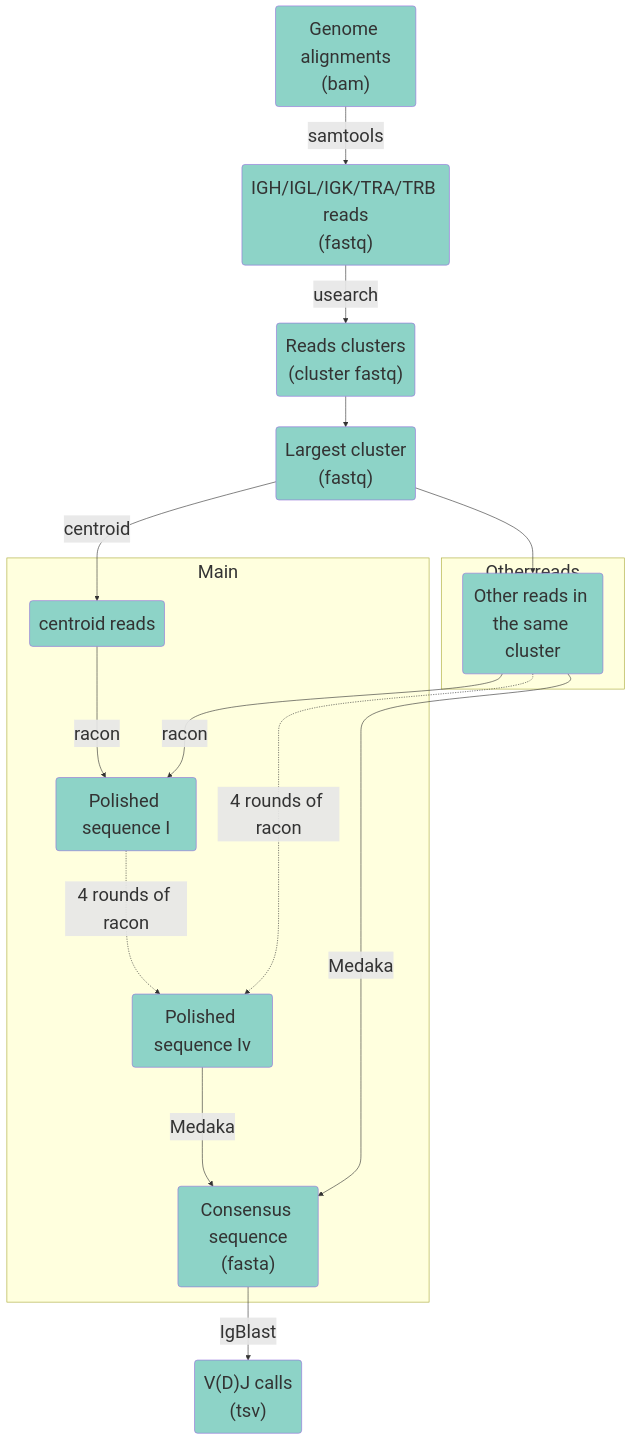
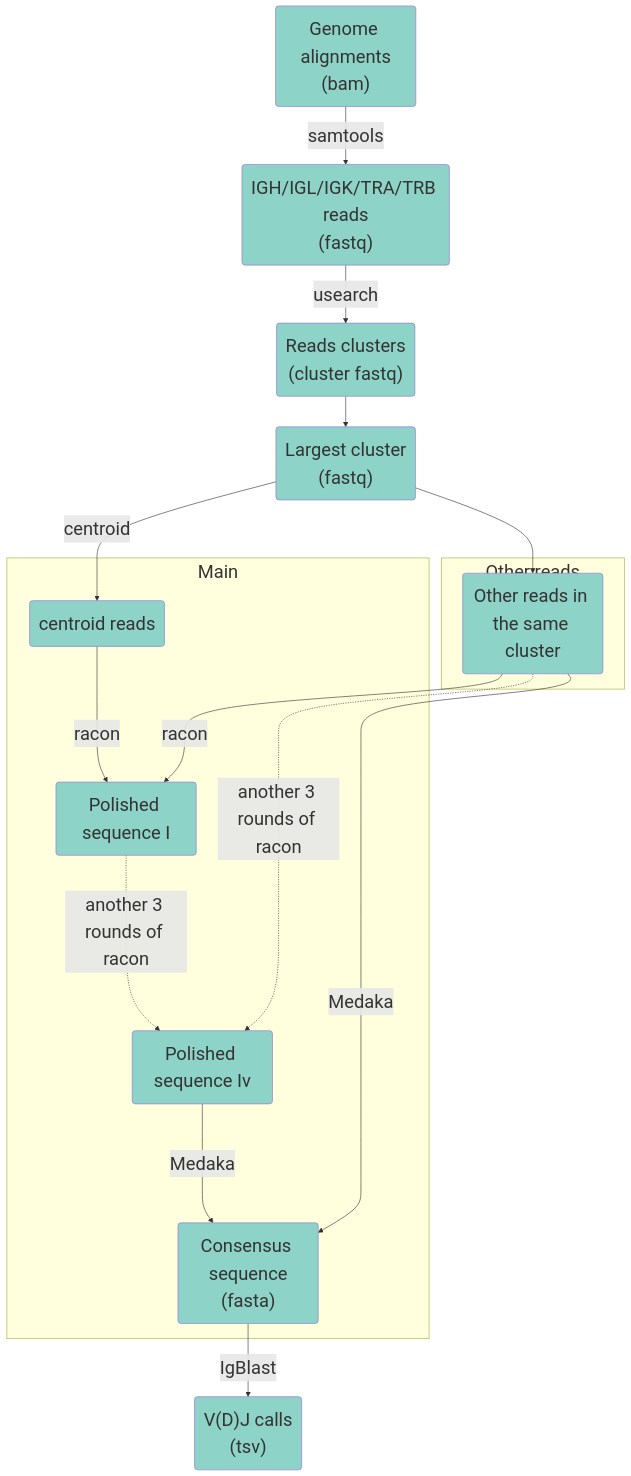
Before and after one commit to liuzhenyu-yyy/SCAN-seq2: the third of 4 diagrams in README.md, drawn with Mermaid.

Commit message:
update flow chart

````diff
--- a/README.md
+++ b/README.md
@@ -45,25 +45,25 @@
 ```mermaid
 %%{init: {"theme": "default", 'themeVariables': { "fontSize": "30px","fontFamily": "Arial"}}}%%
 graph TD
 
 Align_Genome("Genome alignments</br>(bam)"):::sc -- samtools --> reads("IGH/IGL/IGK/TRA/TRB reads<br/>(fastq)"):::sc --usearch--> cluster("Reads clusters</br>(cluster fastq)"):::sc--> large_clustrer("Largest cluster</br>(fastq)"):::sc--centroid--> centroid("centroid reads"):::sc
 large_clustrer --> Other("Other reads in the same cluster"):::sc
 
 subgraph Main 
 centroid  --racon---> pol1(Polished sequence I):::sc
-pol1 -.4 rounds of racon..->pol4(Polished sequence Iv):::sc -- Medaka ----> con("Consensus sequence</br>(fasta)"):::sc
+pol1 -.another 3 rounds of racon..->pol4(Polished sequence Iv):::sc -- Medaka ----> con("Consensus sequence</br>(fasta)"):::sc
 end
 
 subgraph Other reads
 Other --racon---> pol1
-Other -. 4 rounds of racon.->pol4
+Other -. another 3 rounds of racon.->pol4
 Other -- Medaka --> con("Consensus sequence</br>(fasta)")
 end
 
 con --IgBlast--> VDJ("V(D)J calls</br>(tsv)"):::sc
 
 classDef merge fill:#bebada,stroke:#000000;
 classDef cl fill:#fb8072,stroke:#000000;
 classDef sc fill:#8dd3c7,stroke:#00000;
 classDef down fill:#b3de69,stroke:#000000;
 ```
````
